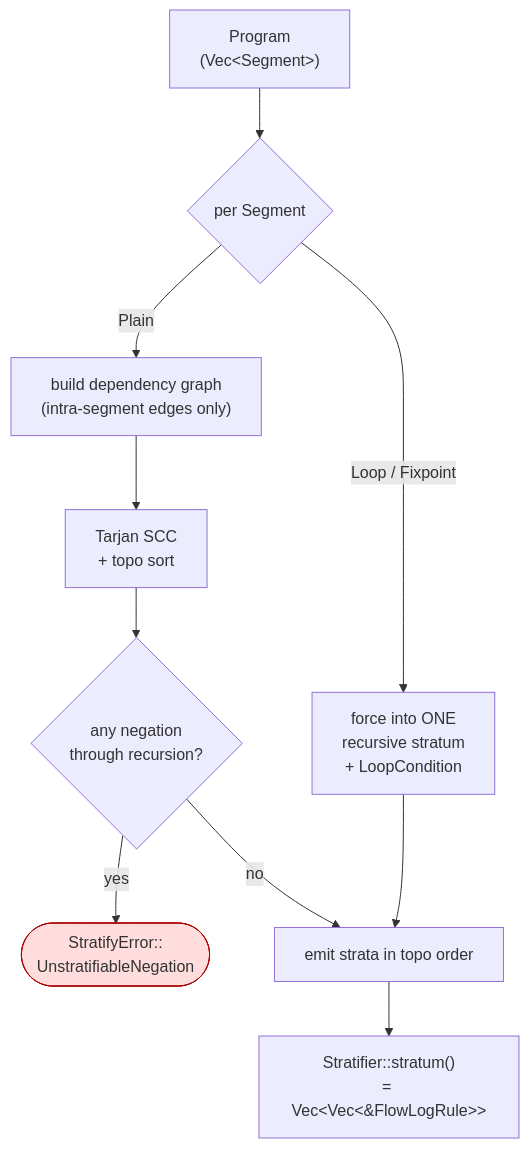
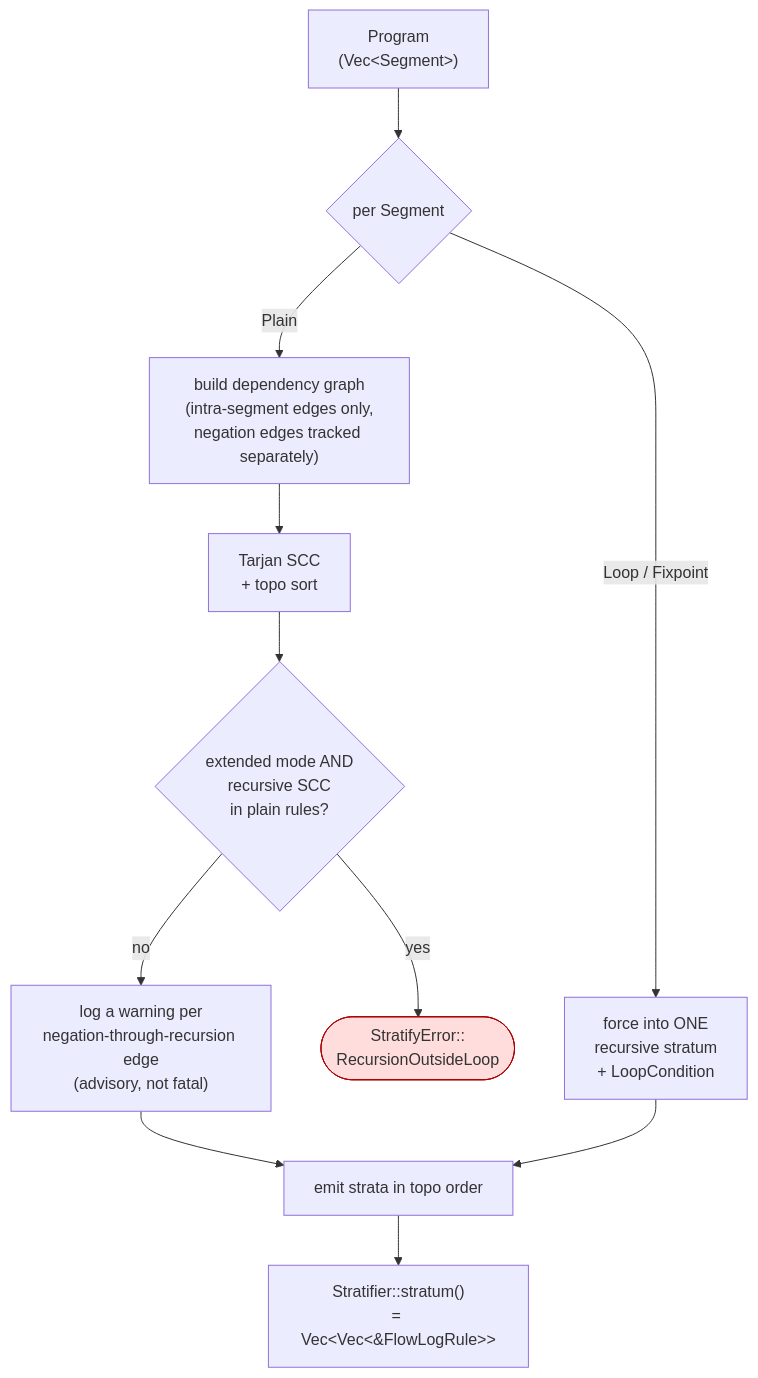
Before and after one commit to flowlog-rs/flowlog: the diagram in crates/flowlog-build/src/stratifier/README.md, drawn with Mermaid. The commit also changed other lines of this file, not shown here.

First line of the commit message:
fix(stratifier README): negation-through-recursion is a warning

````diff
--- a/crates/flowlog-build/src/stratifier/README.md
+++ b/crates/flowlog-build/src/stratifier/README.md
@@ -24,15 +24,16 @@
 ```mermaid
 flowchart TD
     PROG["Program<br/>(Vec&lt;Segment&gt;)"] --> SEG{"per Segment"}
-    SEG -->|"Plain"| DG["build dependency graph<br/>(intra-segment edges only)"]
+    SEG -->|"Plain"| DG["build dependency graph<br/>(intra-segment edges only,<br/>negation edges tracked separately)"]
     SEG -->|"Loop / Fixpoint"| FORCE["force into ONE<br/>recursive stratum<br/>+ LoopCondition"]
     DG --> SCC["Tarjan SCC<br/>+ topo sort"]
-    SCC --> CHECK{"any negation<br/>through recursion?"}
-    CHECK -->|"yes"| ERR(["StratifyError::<br/>UnstratifiableNegation"])
-    CHECK -->|"no"| EM["emit strata in topo order"]
+    SCC --> NEGCHK{"extended mode AND<br/>recursive SCC<br/>in plain rules?"}
+    NEGCHK -->|"yes"| ERR(["StratifyError::<br/>RecursionOutsideLoop"])
+    NEGCHK -->|"no"| WARN["log a warning per<br/>negation-through-recursion edge<br/>(advisory, not fatal)"]
+    WARN --> EM["emit strata in topo order"]
     FORCE --> EM
     EM --> OUT["Stratifier::stratum()<br/>= Vec&lt;Vec&lt;&amp;FlowLogRule&gt;&gt;"]
 
     classDef bad fill:#fdd,stroke:#a00
     class ERR bad
 ```
````
